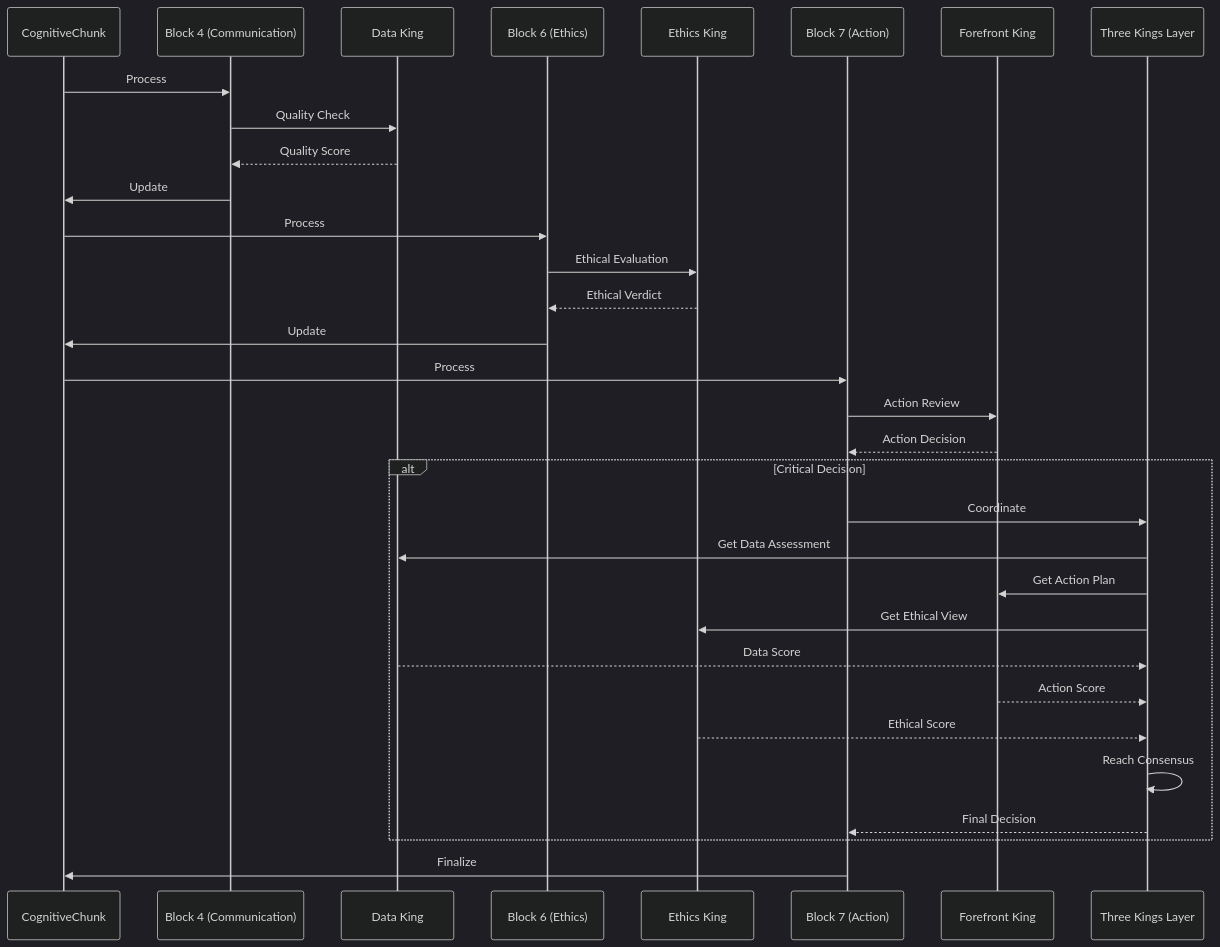
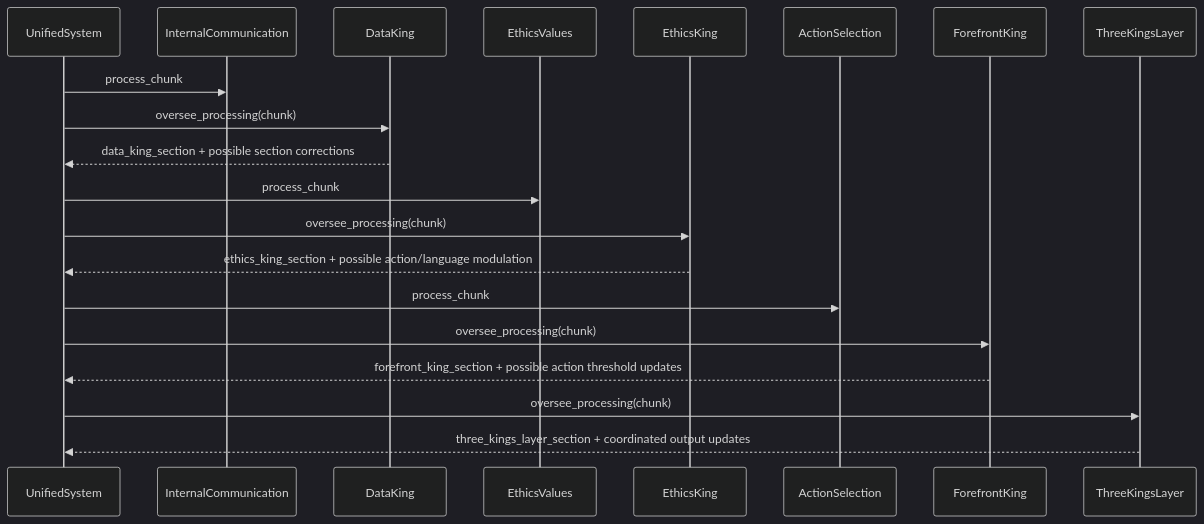
The fourth of 5 diagrams in docs/architecture.md (Captainkoopa42/Verdant-Minds), drawn with Mermaid (dark theme) before and after one commit. The commit also changed other lines of this file and 12 other files, not shown here.

````diff
--- a/docs/architecture.md
+++ b/docs/architecture.md
@@ -452,39 +212,26 @@
 ```mermaid
 sequenceDiagram
-    participant Chunk as CognitiveChunk
-    participant B4 as Block 4 (Communication)
-    participant DK as Data King
-    participant B6 as Block 6 (Ethics)
-    participant EK as Ethics King
-    participant B7 as Block 7 (Action)
-    participant FK as Forefront King
-    participant TKL as Three Kings Layer
+    participant U as UnifiedSystem
+    participant IC as InternalCommunication
+    participant DK as DataKing
+    participant EV as EthicsValues
+    participant EK as EthicsKing
+    participant AS as ActionSelection
+    participant FK as ForefrontKing
+    participant TK as ThreeKingsLayer
 
-    Chunk->>B4: Process
-    B4->>DK: Quality Check
-    DK-->>B4: Quality Score
-    B4->>Chunk: Update
+    U->>IC: process_chunk
+    U->>DK: oversee_processing(chunk)
+    DK-->>U: data_king_section + possible section corrections
 
-    Chunk->>B6: Process
-    B6->>EK: Ethical Evaluation
-    EK-->>B6: Ethical Verdict
-    B6->>Chunk: Update
+    U->>EV: process_chunk
+    U->>EK: oversee_processing(chunk)
+    EK-->>U: ethics_king_section + possible action/language modulation
 
-    Chunk->>B7: Process
-    B7->>FK: Action Review
-    FK-->>B7: Action Decision
+    U->>AS: process_chunk
+    U->>FK: oversee_processing(chunk)
+    FK-->>U: forefront_king_section + possible action threshold updates
 
-    alt Critical Decision
-        B7->>TKL: Coordinate
-        TKL->>DK: Get Data Assessment
-        TKL->>FK: Get Action Plan
-        TKL->>EK: Get Ethical View
-        DK-->>TKL: Data Score
-        FK-->>TKL: Action Score
-        EK-->>TKL: Ethical Score
-        TKL->>TKL: Reach Consensus
-        TKL-->>B7: Final Decision
-    end
-
-    B7->>Chunk: Finalize
+    U->>TK: oversee_processing(chunk)
+    TK-->>U: three_kings_layer_section + coordinated output updates
 ```
````
